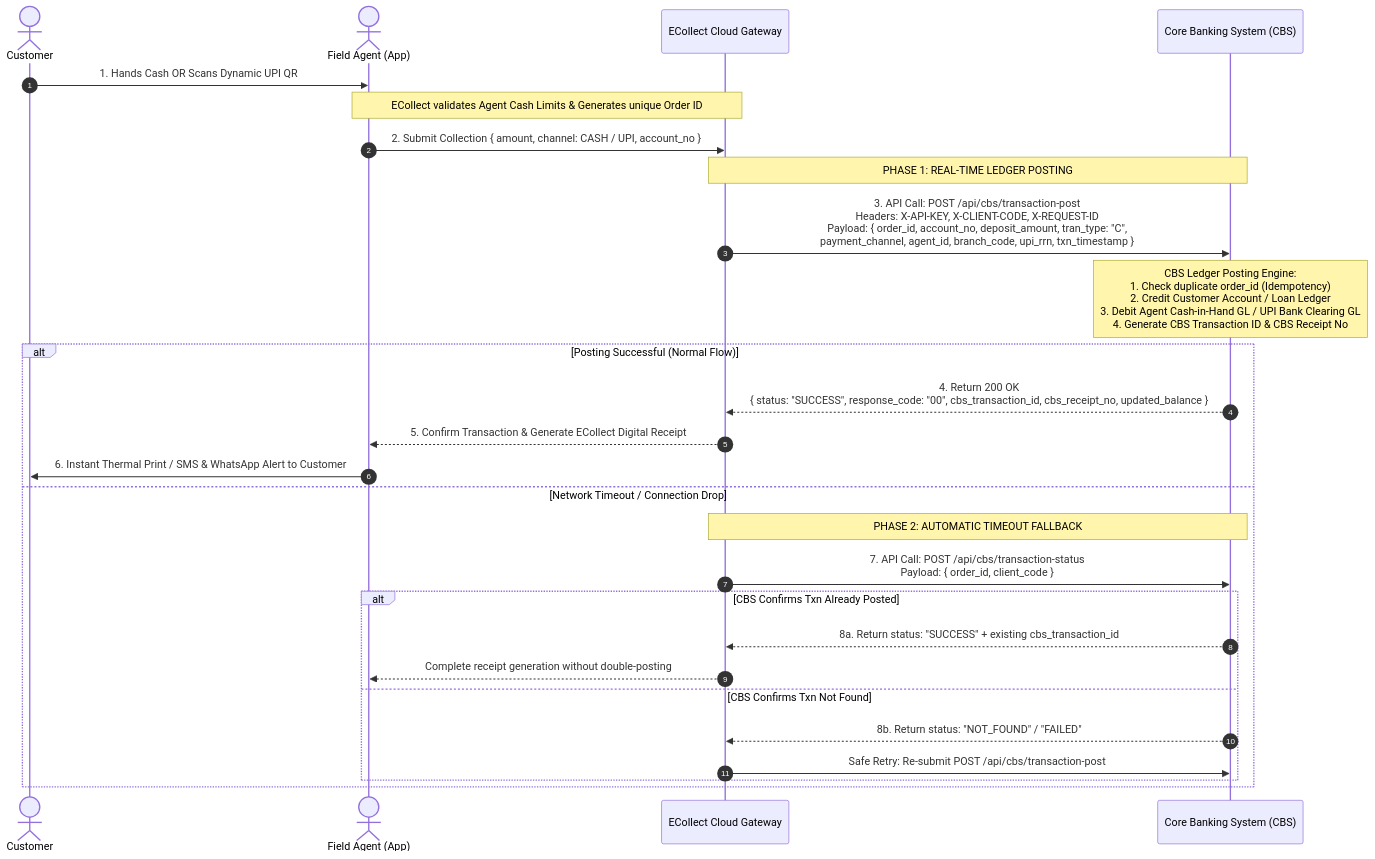
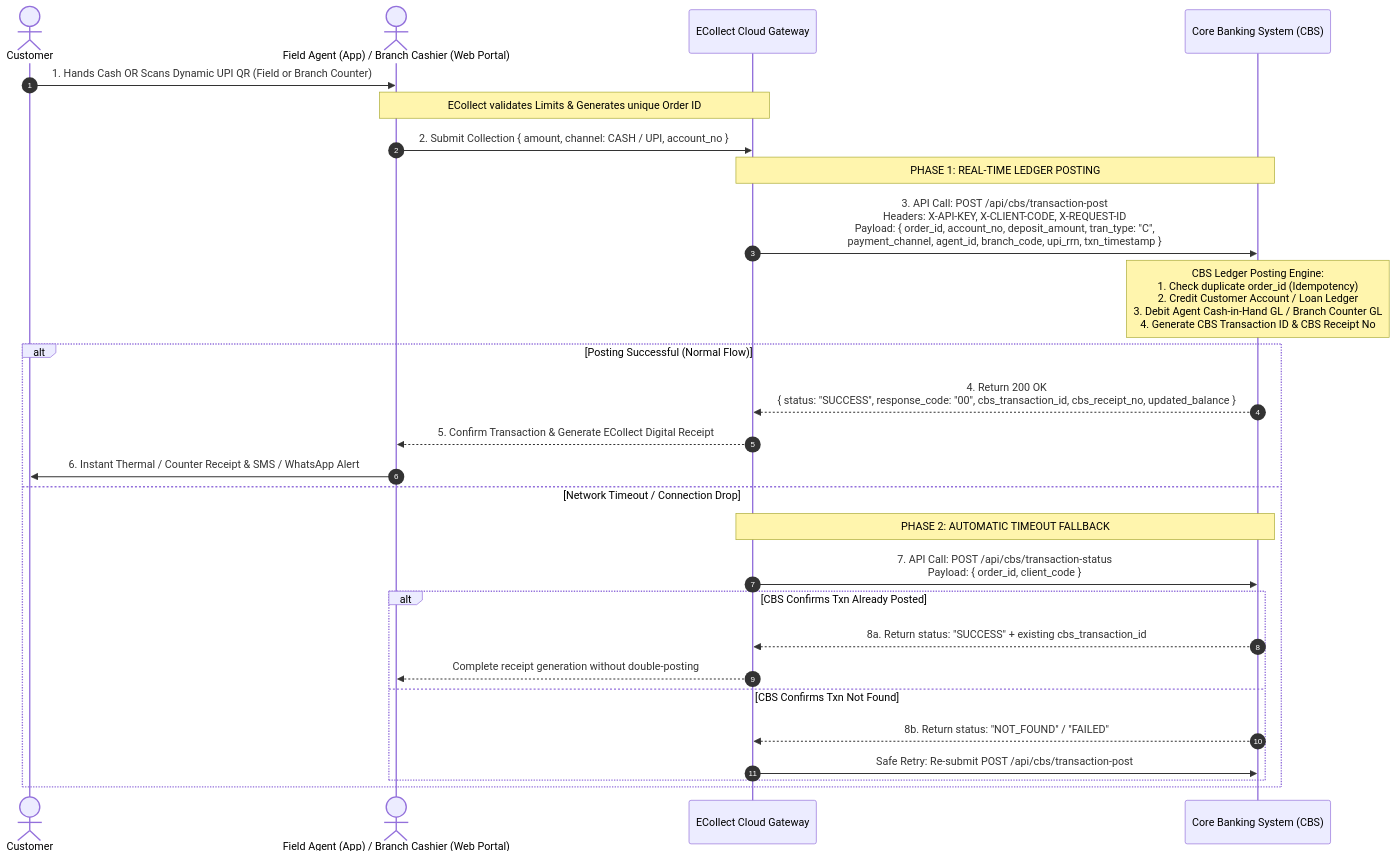
Before and after one commit to devadss/EcollectFrontEnd: the second of 2 diagrams in ECOLLECT_CBS_INTEGRATION_API_SPECIFICATION.md, drawn with Mermaid. The commit also changed other lines of this file and 2 other files, not shown here.

Commit message:
docs: show web portal branch login and listings alongside mobile app in CBS architecture diagrams

````diff
--- a/ECOLLECT_CBS_INTEGRATION_API_SPECIFICATION.md
+++ b/ECOLLECT_CBS_INTEGRATION_API_SPECIFICATION.md
@@ -122,33 +130,33 @@
 ```mermaid
 sequenceDiagram
     autonumber
     actor Customer
-    actor Agent as Field Agent (App)
+    actor User as Field Agent (App) / Branch Cashier (Web Portal)
     participant GW as ECollect Cloud Gateway
     participant CBS as Core Banking System (CBS)
 
-    Customer->>Agent: 1. Hands Cash OR Scans Dynamic UPI QR
-    Note over Agent,GW: ECollect validates Agent Cash Limits & Generates unique Order ID
-    Agent->>GW: 2. Submit Collection { amount, channel: CASH / UPI, account_no }
+    Customer->>User: 1. Hands Cash OR Scans Dynamic UPI QR (Field or Branch Counter)
+    Note over User,GW: ECollect validates Limits & Generates unique Order ID
+    User->>GW: 2. Submit Collection { amount, channel: CASH / UPI, account_no }
 
     Note over GW,CBS: PHASE 1: REAL-TIME LEDGER POSTING
     GW->>CBS: 3. API Call: POST /api/cbs/transaction-post<br/>Headers: X-API-KEY, X-CLIENT-CODE, X-REQUEST-ID<br/>Payload: { order_id, account_no, deposit_amount, tran_type: "C",<br/>payment_channel, agent_id, branch_code, upi_rrn, txn_timestamp }
     
-    Note over CBS: CBS Ledger Posting Engine:<br/>1. Check duplicate order_id (Idempotency)<br/>2. Credit Customer Account / Loan Ledger<br/>3. Debit Agent Cash-in-Hand GL / UPI Bank Clearing GL<br/>4. Generate CBS Transaction ID & CBS Receipt No
+    Note over CBS: CBS Ledger Posting Engine:<br/>1. Check duplicate order_id (Idempotency)<br/>2. Credit Customer Account / Loan Ledger<br/>3. Debit Agent Cash-in-Hand GL / Branch Counter GL<br/>4. Generate CBS Transaction ID & CBS Receipt No
 
     alt Posting Successful (Normal Flow)
         CBS-->>GW: 4. Return 200 OK<br/>{ status: "SUCCESS", response_code: "00", cbs_transaction_id, cbs_receipt_no, updated_balance }
-        GW-->>Agent: 5. Confirm Transaction & Generate ECollect Digital Receipt
-        Agent->>Customer: 6. Instant Thermal Print / SMS & WhatsApp Alert to Customer
+        GW-->>User: 5. Confirm Transaction & Generate ECollect Digital Receipt
+        User->>Customer: 6. Instant Thermal / Counter Receipt & SMS / WhatsApp Alert
     else Network Timeout / Connection Drop
         Note over GW,CBS: PHASE 2: AUTOMATIC TIMEOUT FALLBACK
         GW->>CBS: 7. API Call: POST /api/cbs/transaction-status<br/>Payload: { order_id, client_code }
         alt CBS Confirms Txn Already Posted
             CBS-->>GW: 8a. Return status: "SUCCESS" + existing cbs_transaction_id
-            GW-->>Agent: Complete receipt generation without double-posting
+            GW-->>User: Complete receipt generation without double-posting
         else CBS Confirms Txn Not Found
             CBS-->>GW: 8b. Return status: "NOT_FOUND" / "FAILED"
             GW->>CBS: Safe Retry: Re-submit POST /api/cbs/transaction-post
         end
     end
 ```
````
